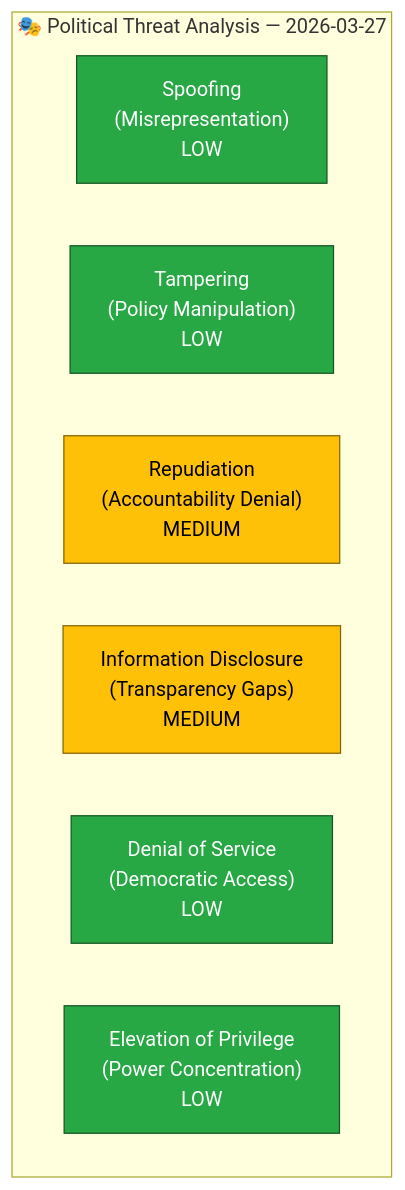
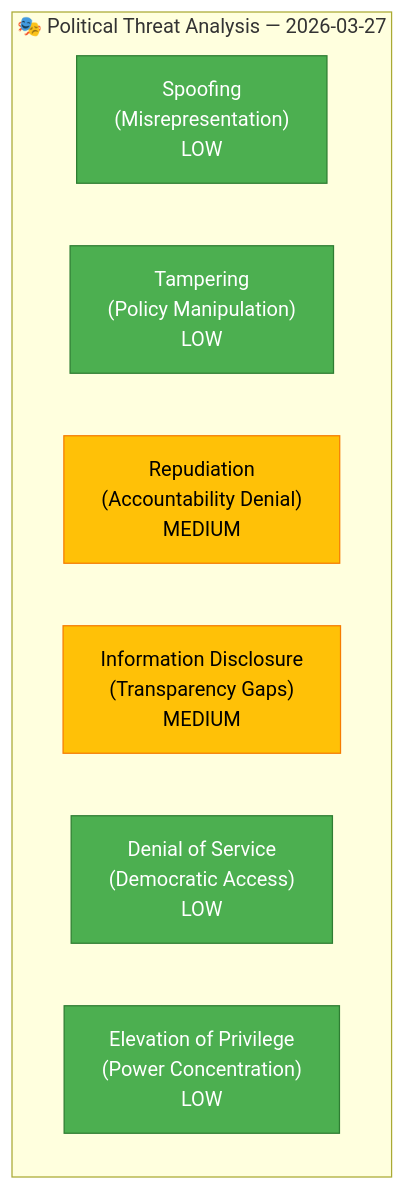
One commit to Hack23/riksdagsmonitor changed the diagram in analysis/daily/2026-03-27/interpellations/threat-analysis.md. Above: the diagram before and after it, drawn with Mermaid. The commit also changed 785 other files, not shown here.

First line of the commit message:
Normalize mermaid colors across 786 analysis artifacts to ISMS Style Guide palette

````diff
--- a/analysis/daily/2026-03-27/interpellations/threat-analysis.md
+++ b/analysis/daily/2026-03-27/interpellations/threat-analysis.md
@@ -17,17 +17,17 @@
 ```mermaid
 graph TD
     subgraph "🎭 Political Threat Analysis — 2026-03-27"
         T1["Spoofing<br/>(Misrepresentation)<br/>LOW"]
         T2["Tampering<br/>(Policy Manipulation)<br/>LOW"]
         T3["Repudiation<br/>(Accountability Denial)<br/>MEDIUM"]
         T4["Information Disclosure<br/>(Transparency Gaps)<br/>MEDIUM"]
         T5["Denial of Service<br/>(Democratic Access)<br/>LOW"]
         T6["Elevation of Privilege<br/>(Power Concentration)<br/>LOW"]
     end
-    style T1 fill:#28a745,color:#fff,stroke:#155724
-    style T2 fill:#28a745,color:#fff,stroke:#155724
-    style T3 fill:#ffc107,color:#000,stroke:#856404
-    style T4 fill:#ffc107,color:#000,stroke:#856404
-    style T5 fill:#28a745,color:#fff,stroke:#155724
-    style T6 fill:#28a745,color:#fff,stroke:#155724
+    style T1 fill:#4CAF50,color:#FFFFFF,stroke:#2E7D32
+    style T2 fill:#4CAF50,color:#FFFFFF,stroke:#2E7D32
+    style T3 fill:#FFC107,color:#000000,stroke:#F57C00
+    style T4 fill:#FFC107,color:#000000,stroke:#F57C00
+    style T5 fill:#4CAF50,color:#FFFFFF,stroke:#2E7D32
+    style T6 fill:#4CAF50,color:#FFFFFF,stroke:#2E7D32
 ```
````
